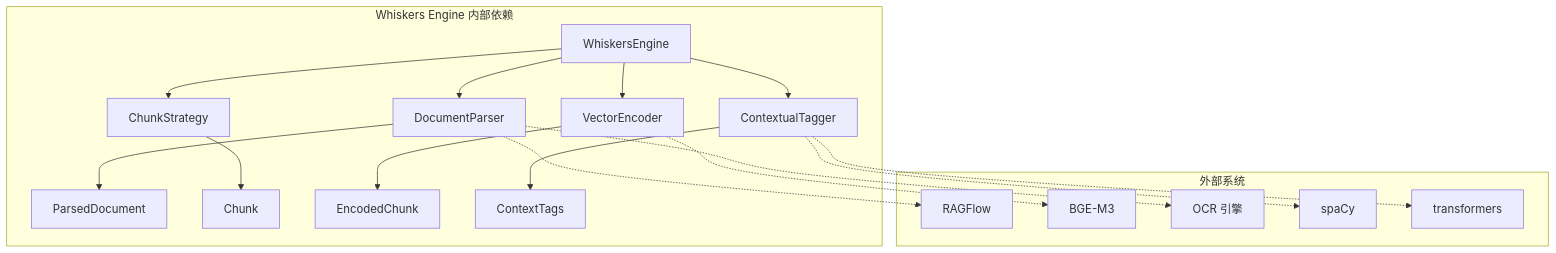
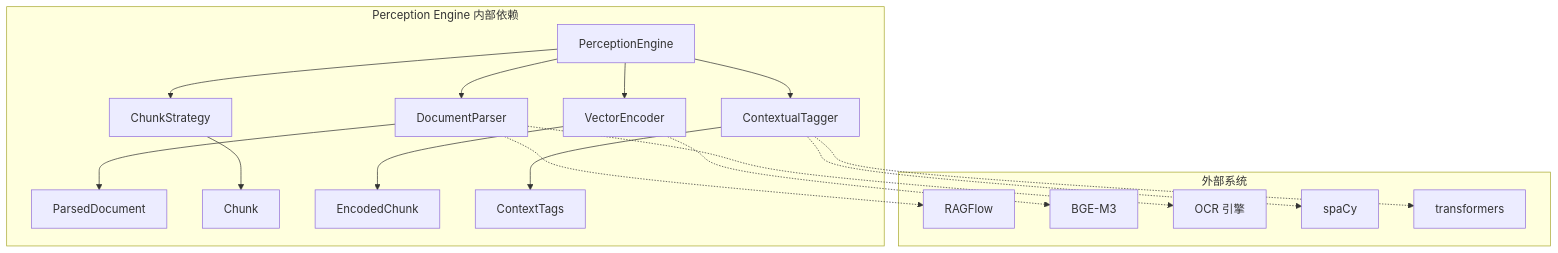
The sixth of 6 diagrams in .qoder/repowiki/zh/content/核心模块详解/Whiskers Engine - 感知层/Whiskers Engine - 感知层.md (JieGaoPrinceton/NecoRAG), drawn with Mermaid before and after one commit. The commit also changed other lines of this file and 23 other files, not shown here.

````diff
--- a/.qoder/repowiki/zh/content/核心模块详解/Whiskers Engine - 感知层/Whiskers Engine - 感知层.md
+++ b/.qoder/repowiki/zh/content/核心模块详解/Whiskers Engine - 感知层/Whiskers Engine - 感知层.md
@@ -353,25 +364,25 @@
 ```mermaid
 graph TB
-subgraph "Whiskers Engine 内部依赖"
-A[WhiskersEngine] --> B[DocumentParser]
+subgraph "Perception Engine 内部依赖"
+A[PerceptionEngine] --> B[DocumentParser]
 A --> C[ChunkStrategy]
 A --> D[VectorEncoder]
 A --> E[ContextualTagger]
 B --> F[ParsedDocument]
 C --> G[Chunk]
 D --> H[EncodedChunk]
 E --> I[ContextTags]
 end
 subgraph "外部系统"
 J[RAGFlow]
 K[BGE-M3]
 L[OCR 引擎]
 M[spaCy]
 N[transformers]
 end
 B -.-> J
 D -.-> K
 B -.-> L
 E -.-> M
 E -.-> N
 ```
````
